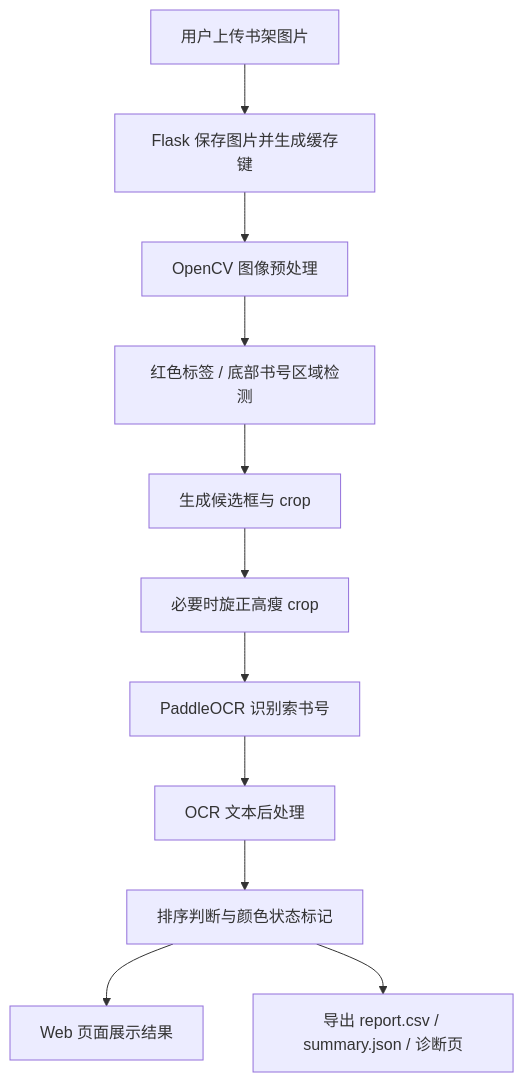
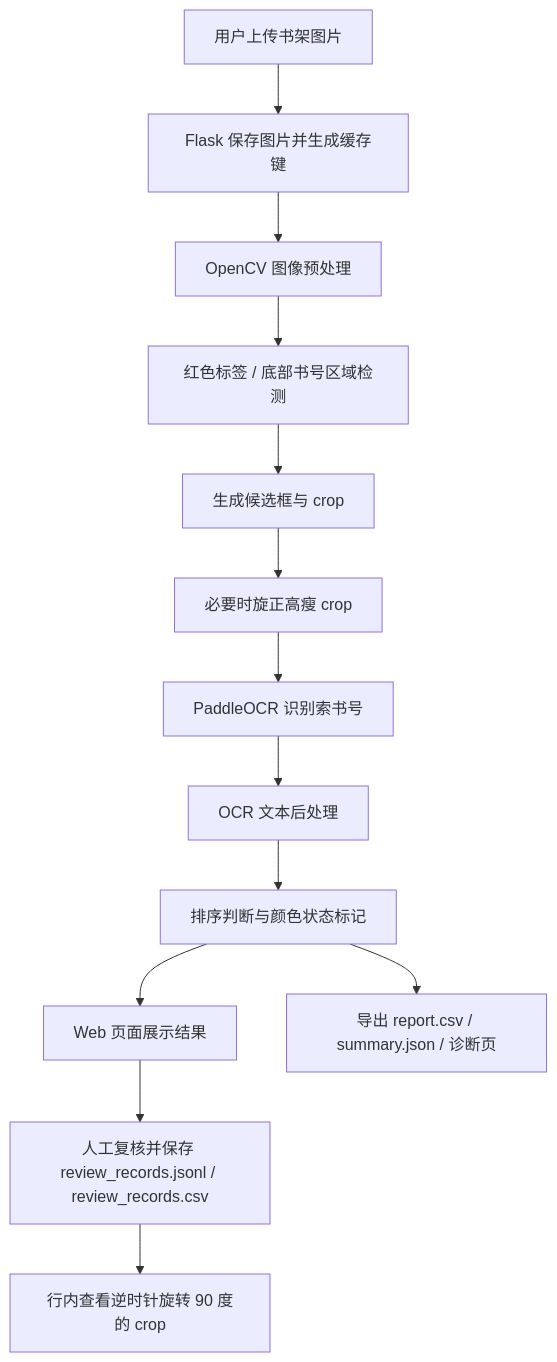
Before and after one commit to st428/Book_identification: the diagram in README.md, drawn with Mermaid. The commit also changed other lines of this file and 4 other files, not shown here.

````diff
--- a/README.md
+++ b/README.md
@@ -69,13 +71,15 @@
 ```mermaid
 flowchart TD
     A[用户上传书架图片] --> B[Flask 保存图片并生成缓存键]
     B --> C[OpenCV 图像预处理]
     C --> D[红色标签 / 底部书号区域检测]
     D --> E[生成候选框与 crop]
     E --> F[必要时旋正高瘦 crop]
     F --> G[PaddleOCR 识别索书号]
     G --> H[OCR 文本后处理]
     H --> I[排序判断与颜色状态标记]
     I --> J[Web 页面展示结果]
     I --> K[导出 report.csv / summary.json / 诊断页]
+    J --> L[人工复核并保存 review_records.jsonl / review_records.csv]
+    L --> M[行内查看逆时针旋转 90 度的 crop]
 ```
````
